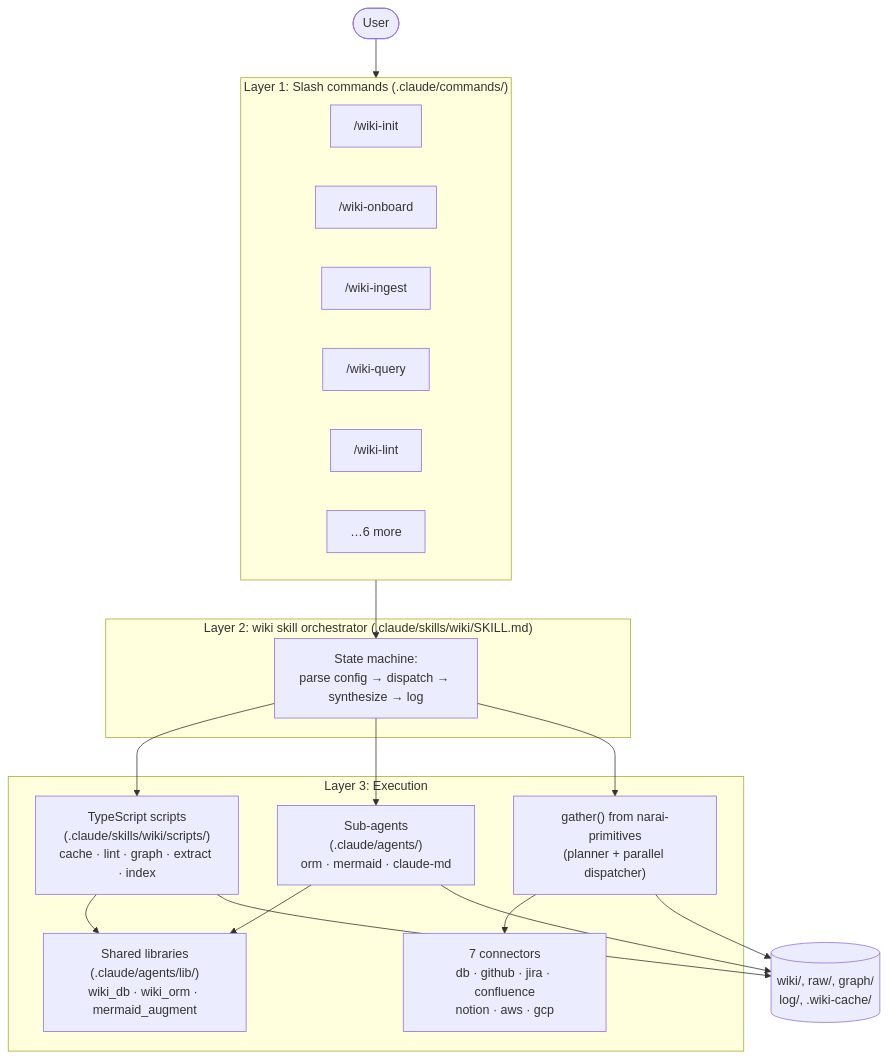
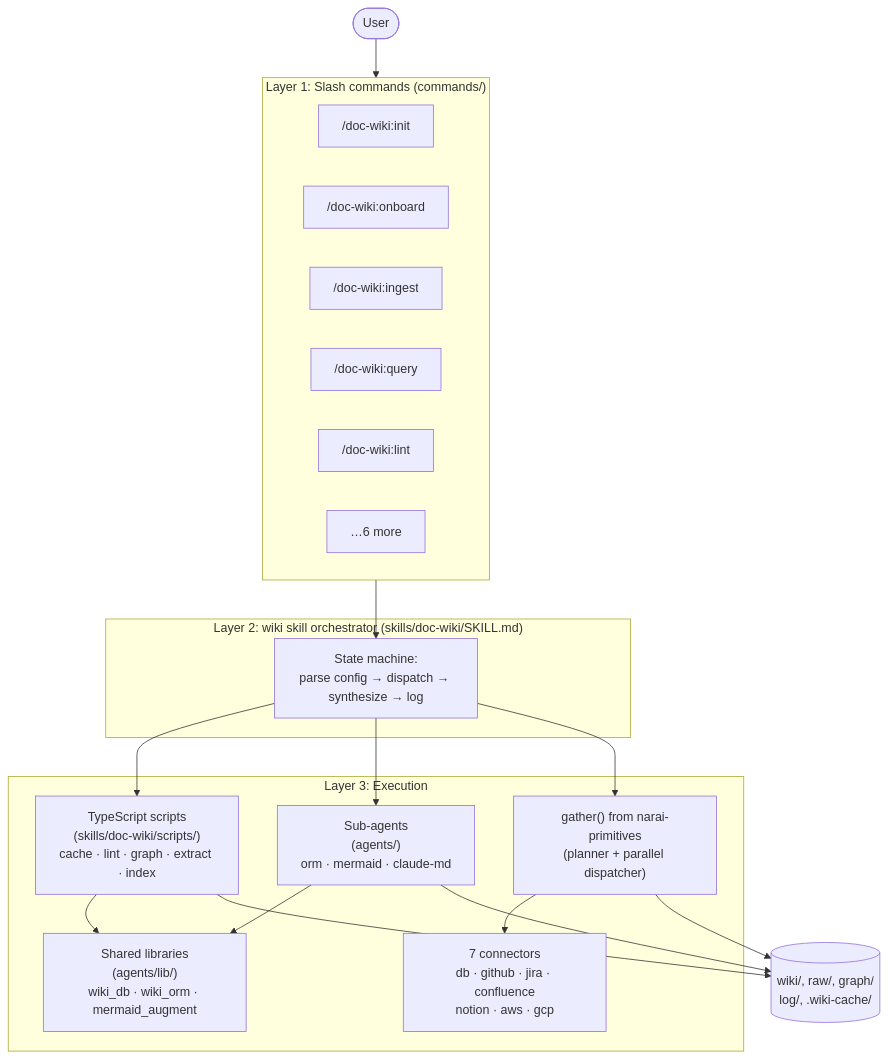
One commit to narailabs/doc-wiki changed the first of 3 diagrams in docs/architecture.md. Above: the diagram before and after it, drawn with Mermaid. The commit also changed other lines of this file and 394 other files, not shown here.

````diff
--- a/docs/architecture.md
+++ b/docs/architecture.md
@@ -36,35 +36,35 @@
 ```mermaid
 flowchart TB
     User([User])
-    subgraph L1["Layer 1: Slash commands (.claude/commands/)"]
-        WInit["/wiki-init"]
-        WOnboard["/wiki-onboard"]
-        WIngest["/wiki-ingest"]
-        WQuery["/wiki-query"]
-        WLint["/wiki-lint"]
+    subgraph L1["Layer 1: Slash commands (commands/)"]
+        WInit["/doc-wiki:init"]
+        WOnboard["/doc-wiki:onboard"]
+        WIngest["/doc-wiki:ingest"]
+        WQuery["/doc-wiki:query"]
+        WLint["/doc-wiki:lint"]
         WMore["…6 more"]
     end
-    subgraph L2["Layer 2: wiki skill orchestrator (.claude/skills/wiki/SKILL.md)"]
+    subgraph L2["Layer 2: wiki skill orchestrator (skills/doc-wiki/SKILL.md)"]
         Orch["State machine:<br/>parse config → dispatch → synthesize → log"]
     end
     subgraph L3["Layer 3: Execution"]
-        Scripts["TypeScript scripts<br/>(.claude/skills/wiki/scripts/)<br/>cache · lint · graph · extract · index"]
-        Agents["Sub-agents<br/>(.claude/agents/)<br/>orm · mermaid · claude-md"]
-        Libs["Shared libraries<br/>(.claude/agents/lib/)<br/>wiki_db · wiki_orm · mermaid_augment"]
+        Scripts["TypeScript scripts<br/>(skills/doc-wiki/scripts/)<br/>cache · lint · graph · extract · index"]
+        Agents["Sub-agents<br/>(agents/)<br/>orm · mermaid · claude-md"]
+        Libs["Shared libraries<br/>(agents/lib/)<br/>wiki_db · wiki_orm · mermaid_augment"]
         Gather["gather() from narai-primitives<br/>(planner + parallel dispatcher)"]
         Connectors["7 connectors<br/>db · github · jira · confluence<br/>notion · aws · gcp"]
         Gather --> Connectors
     end
     Storage[("wiki/, raw/, graph/<br/>log/, .wiki-cache/")]
 
     User --> L1
     L1 --> Orch
     Orch --> Scripts
     Orch --> Agents
     Orch --> Gather
     Scripts --> Libs
     Agents --> Libs
     Scripts --> Storage
     Gather --> Storage
     Agents --> Storage
 ```
````
